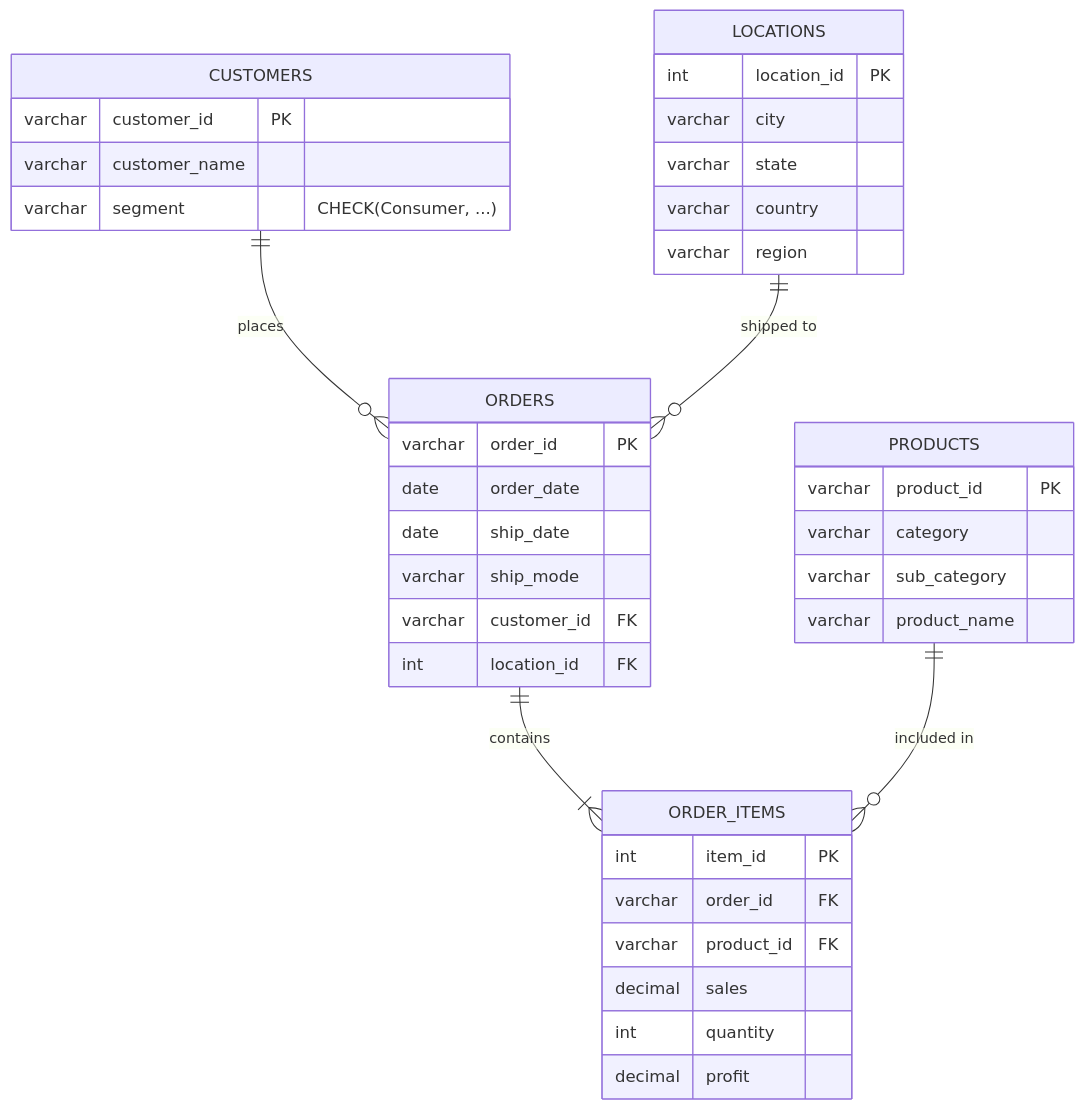
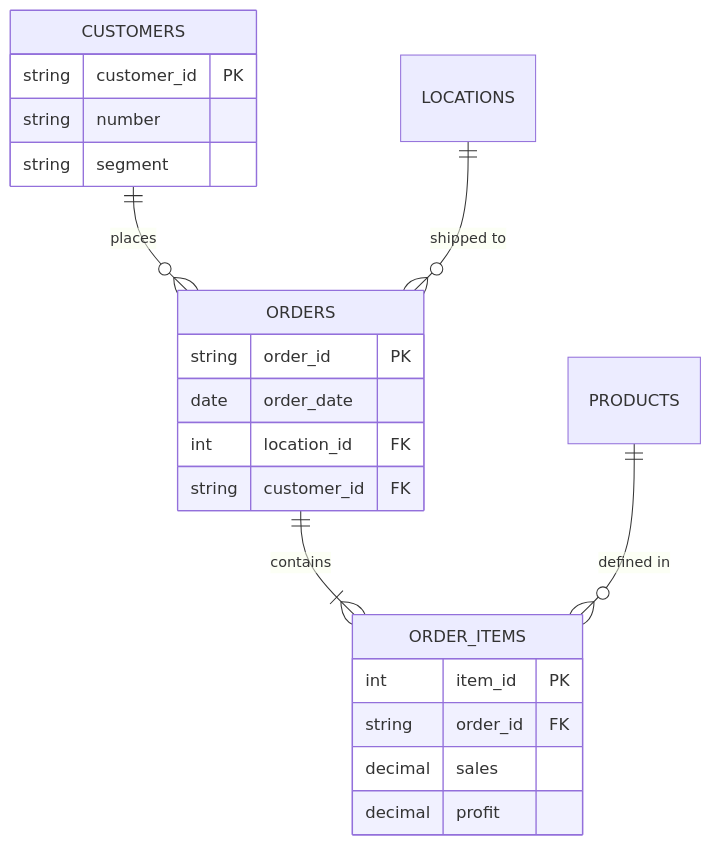
Before and after one commit to Ujjwaljain16/SheetSync: the diagram in docs/Task3_Database_Design.md, drawn with Mermaid. The commit also changed other lines of this file and 12 other files, not shown here.

````diff
--- a/docs/Task3_Database_Design.md
+++ b/docs/Task3_Database_Design.md
@@ -19,46 +16,25 @@
 ```mermaid
 erDiagram
     CUSTOMERS ||--o{ ORDERS : places
     LOCATIONS ||--o{ ORDERS : "shipped to"
     ORDERS ||--|{ ORDER_ITEMS : contains
-    PRODUCTS ||--o{ ORDER_ITEMS : "included in"
+    PRODUCTS ||--o{ ORDER_ITEMS : "defined in"
 
     CUSTOMERS {
-        varchar customer_id PK
-        varchar customer_name
-        varchar segment "CHECK(Consumer, ...)"
+        string customer_id PK
+        string number
+        string segment
     }
-    
-    LOCATIONS {
-        int location_id PK
-        varchar city
-        varchar state
-        varchar country
-        varchar region
+    ORDERS {
+        string order_id PK
+        date order_date
+        int location_id FK
+        string customer_id FK
     }
-
-    PRODUCTS {
-        varchar product_id PK
-        varchar category
-        varchar sub_category
-        varchar product_name
-    }
-
-    ORDERS {
-        varchar order_id PK
-        date order_date
-        date ship_date
-        varchar ship_mode
-        varchar customer_id FK
-        int location_id FK
-    }
-
     ORDER_ITEMS {
         int item_id PK
-        varchar order_id FK
-        varchar product_id FK
+        string order_id FK
         decimal sales
-        int quantity
         decimal profit
     }
 ```
````
